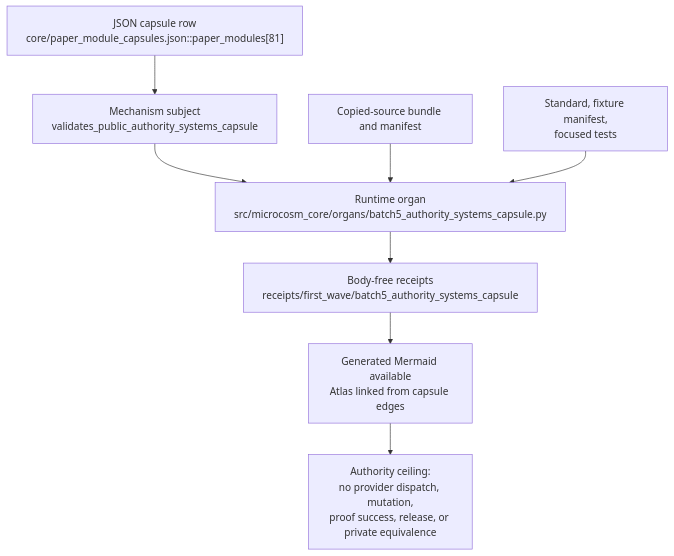
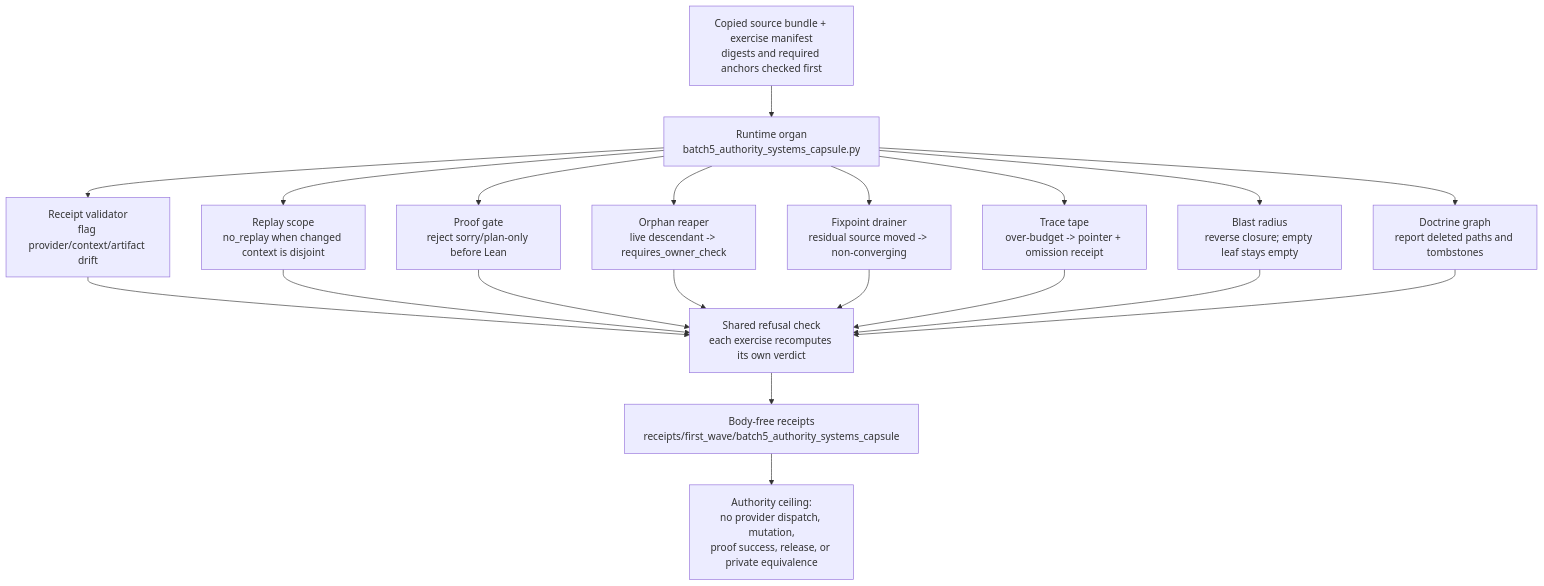
One commit to wcook04/plectis changed the diagram in paper_modules/batch5_authority_systems_capsule.md. Above: the diagram before and after it, drawn with Mermaid. The commit also changed other lines of this file and 90 other files, not shown here.

First line of the commit message:
microcosm: enrich public paper-module prose and Shape diagrams (91 modules)

````diff
--- a/paper_modules/batch5_authority_systems_capsule.md
+++ b/paper_modules/batch5_authority_systems_capsule.md
@@ -18,10 +44,25 @@
 ```mermaid
 flowchart TD
-    A["JSON capsule row<br/>core/paper_module_capsules.json::paper_modules[81]"] --> B["Mechanism subject<br/>validates_public_authority_systems_capsule"]
-    B --> C["Runtime organ<br/>src/microcosm_core/organs/batch5_authority_systems_capsule.py"]
-    D["Copied-source bundle and manifest"] --> C
-    E["Standard, fixture manifest,<br/>focused tests"] --> C
-    C --> F["Body-free receipts<br/>receipts/first_wave/batch5_authority_systems_capsule"]
-    F --> G["Generated Mermaid available<br/>Atlas linked from capsule edges"]
-    G --> H["Authority ceiling:<br/>no provider dispatch, mutation,<br/>proof success, release, or private equivalence"]
+    Manifest["Copied source bundle + exercise manifest<br/>digests and required anchors checked first"] --> Organ["Runtime organ<br/>batch5_authority_systems_capsule.py"]
+
+    Organ --> E1["Receipt validator<br/>flag provider/context/artifact drift"]
+    Organ --> E2["Replay scope<br/>no_replay when changed context is disjoint"]
+    Organ --> E3["Proof gate<br/>reject sorry/plan-only before Lean"]
+    Organ --> E4["Orphan reaper<br/>live descendant -> requires_owner_check"]
+    Organ --> E5["Fixpoint drainer<br/>residual source moved -> non-converging"]
+    Organ --> E6["Trace tape<br/>over-budget -> pointer + omission receipt"]
+    Organ --> E7["Blast radius<br/>reverse closure; empty leaf stays empty"]
+    Organ --> E8["Doctrine graph<br/>report deleted paths and tombstones"]
+
+    E1 --> Refusal["Shared refusal check<br/>each exercise recomputes its own verdict"]
+    E2 --> Refusal
+    E3 --> Refusal
+    E4 --> Refusal
+    E5 --> Refusal
+    E6 --> Refusal
+    E7 --> Refusal
+    E8 --> Refusal
+
+    Refusal --> Receipts["Body-free receipts<br/>receipts/first_wave/batch5_authority_systems_capsule"]
+    Receipts --> Ceiling["Authority ceiling:<br/>no provider dispatch, mutation,<br/>proof success, release, or private equivalence"]
 ```
````
